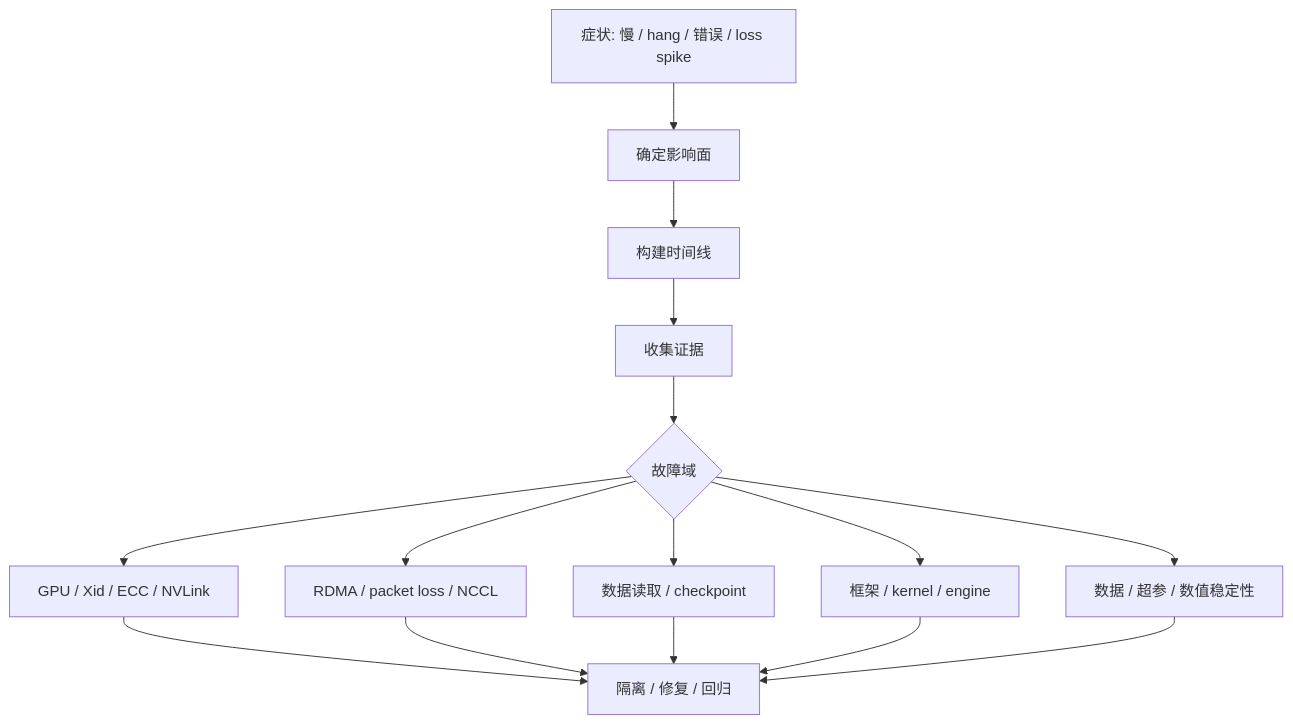
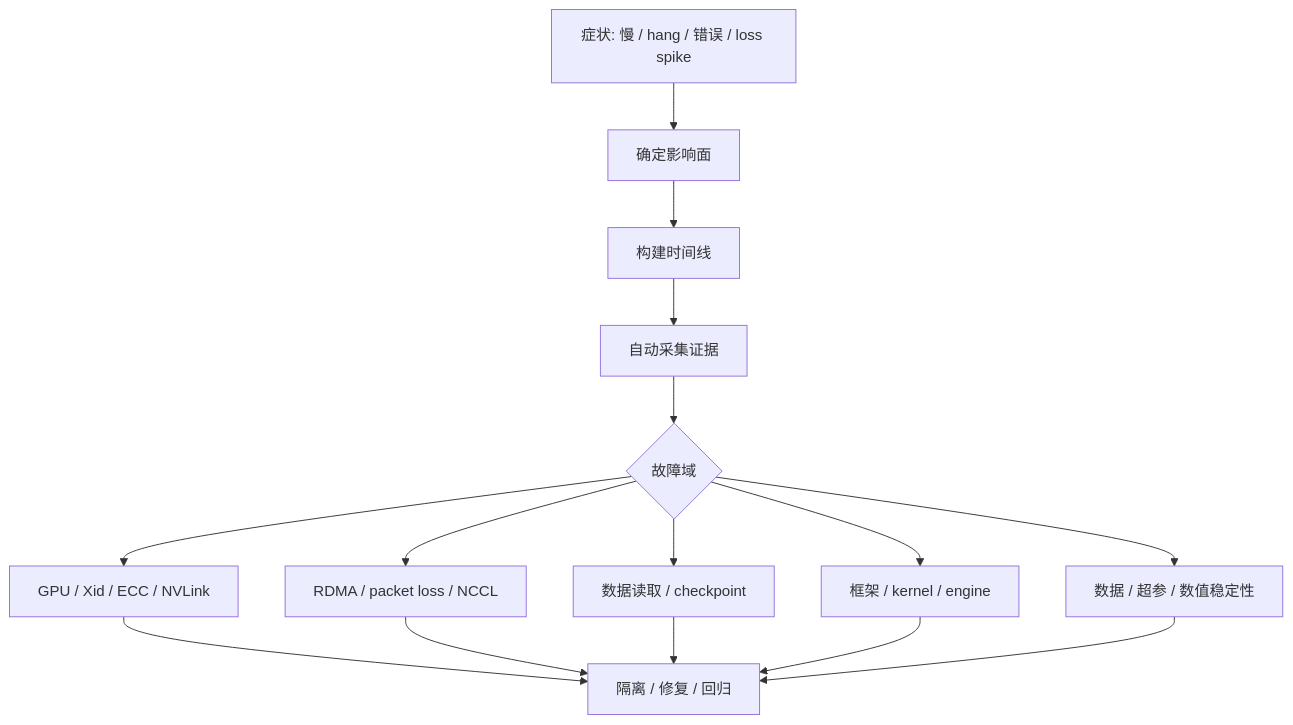
Before and after one commit to ikingye/ai-factory-engineering: the diagram in docs/part-09-reliability-observability/chapter-39-troubleshooting.md, drawn with Mermaid. The commit also changed other lines of this file and 3 other files, not shown here.

````diff
--- a/docs/part-09-reliability-observability/chapter-39-troubleshooting.md
+++ b/docs/part-09-reliability-observability/chapter-39-troubleshooting.md
@@ -23,17 +51,17 @@
 ```mermaid
 flowchart TB
   Symptom["症状: 慢 / hang / 错误 / loss spike"] --> Scope["确定影响面"]
   Scope --> Timeline["构建时间线"]
-  Timeline --> Evidence["收集证据"]
+  Timeline --> Evidence["自动采集证据"]
   Evidence --> Branch{故障域}
   Branch --> GPU["GPU / Xid / ECC / NVLink"]
   Branch --> Net["RDMA / packet loss / NCCL"]
   Branch --> Storage["数据读取 / checkpoint"]
   Branch --> Runtime["框架 / kernel / engine"]
   Branch --> Model["数据 / 超参 / 数值稳定性"]
   GPU --> Action["隔离 / 修复 / 回归"]
   Net --> Action
   Storage --> Action
   Runtime --> Action
   Model --> Action
 ```
````
